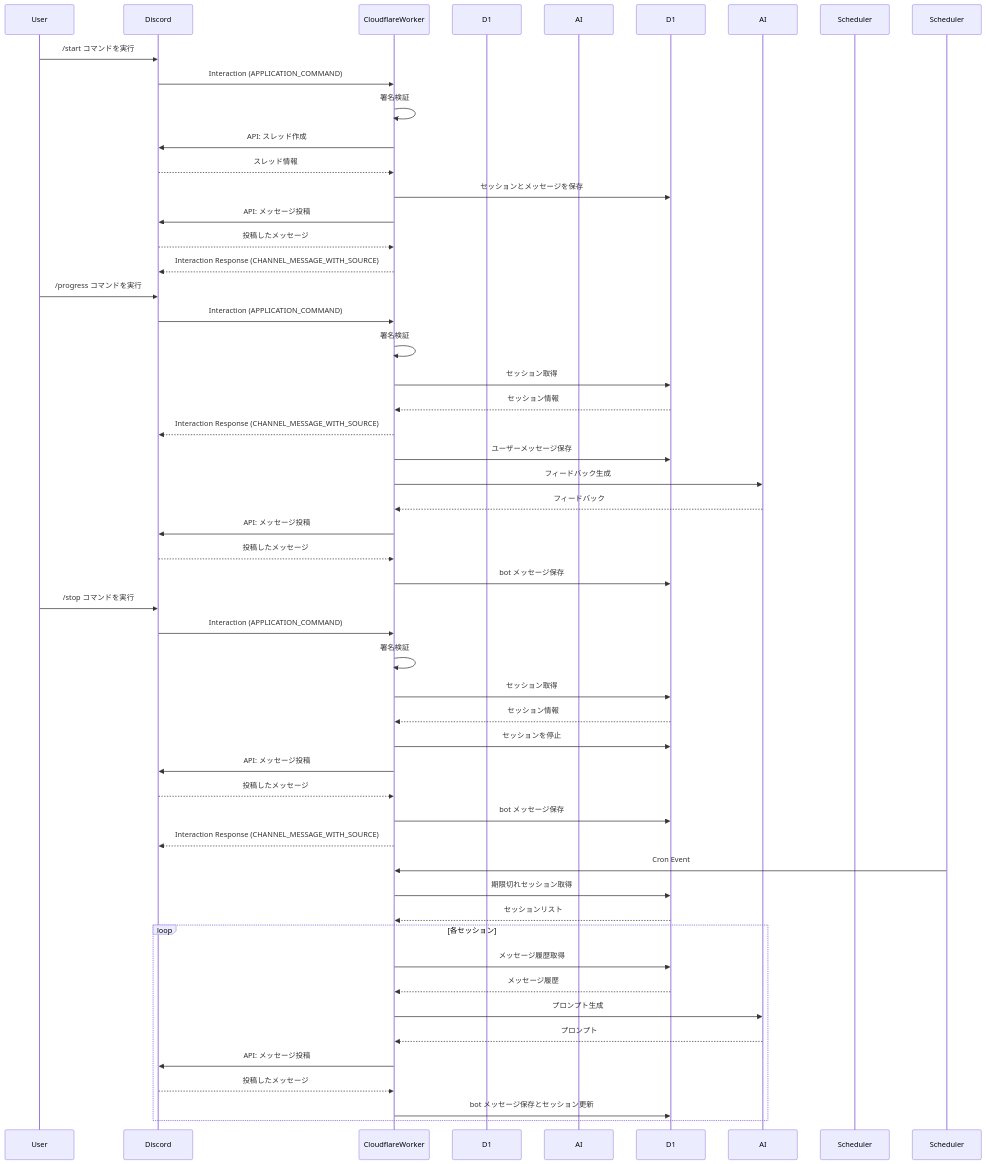
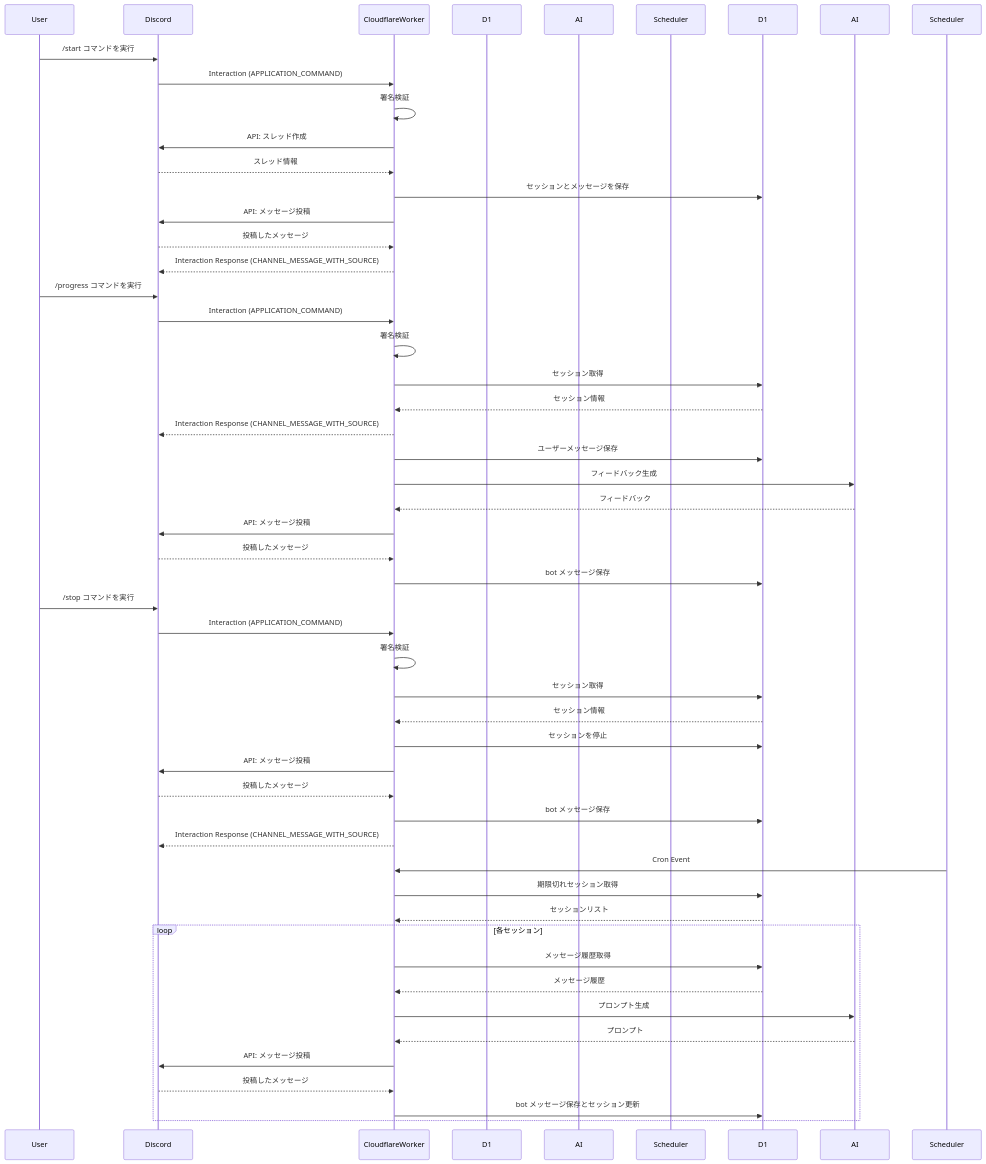
The diagram in docs/sequences.md (aliyome/rubber-duck-sup), drawn with Mermaid before and after one commit. The commit also changed other lines of this file, not shown here.

First line of the commit message:
修正が完了しました。`participant`宣言をシーケンス図の先頭にまとめることで、重複表示の問題を解決しました。

````diff
--- a/docs/sequences.md
+++ b/docs/sequences.md
@@ -5,56 +5,56 @@
 ```mermaid
 sequenceDiagram
   participant User
   participant Discord
   participant CloudflareWorker
   participant CloudflareD1 as D1
   participant CloudflareAI as AI
+  participant CloudflareScheduler as Scheduler
 
   User->>Discord: /start コマンドを実行
   Discord->>CloudflareWorker: Interaction (APPLICATION_COMMAND)
   CloudflareWorker->>CloudflareWorker: 署名検証
   CloudflareWorker->>Discord: API: スレッド作成
   Discord-->>CloudflareWorker: スレッド情報
   CloudflareWorker->>D1: セッションとメッセージを保存
   CloudflareWorker->>Discord: API: メッセージ投稿
   Discord-->>CloudflareWorker: 投稿したメッセージ
   CloudflareWorker-->>Discord: Interaction Response (CHANNEL_MESSAGE_WITH_SOURCE)
 
   User->>Discord: /progress コマンドを実行
   Discord->>CloudflareWorker: Interaction (APPLICATION_COMMAND)
   CloudflareWorker->>CloudflareWorker: 署名検証
   CloudflareWorker->>D1: セッション取得
   D1-->>CloudflareWorker: セッション情報
   CloudflareWorker-->>Discord: Interaction Response (CHANNEL_MESSAGE_WITH_SOURCE)
   CloudflareWorker->>D1: ユーザーメッセージ保存
   CloudflareWorker->>AI: フィードバック生成
   AI-->>CloudflareWorker: フィードバック
   CloudflareWorker->>Discord: API: メッセージ投稿
   Discord-->>CloudflareWorker: 投稿したメッセージ
   CloudflareWorker->>D1: bot メッセージ保存
 
   User->>Discord: /stop コマンドを実行
   Discord->>CloudflareWorker: Interaction (APPLICATION_COMMAND)
   CloudflareWorker->>CloudflareWorker: 署名検証
   CloudflareWorker->>D1: セッション取得
   D1-->>CloudflareWorker: セッション情報
   CloudflareWorker->>D1: セッションを停止
   CloudflareWorker->>Discord: API: メッセージ投稿
   Discord-->>CloudflareWorker: 投稿したメッセージ
   CloudflareWorker->>D1: bot メッセージ保存
   CloudflareWorker-->>Discord: Interaction Response (CHANNEL_MESSAGE_WITH_SOURCE)
 
-  participant CloudflareScheduler as Scheduler
   Scheduler->>CloudflareWorker: Cron Event
   CloudflareWorker->>D1: 期限切れセッション取得
   D1-->>CloudflareWorker: セッションリスト
   loop 各セッション
     CloudflareWorker->>D1: メッセージ履歴取得
     D1-->>CloudflareWorker: メッセージ履歴
     CloudflareWorker->>AI: プロンプト生成
     AI-->>CloudflareWorker: プロンプト
     CloudflareWorker->>Discord: API: メッセージ投稿
     Discord-->>CloudflareWorker: 投稿したメッセージ
     CloudflareWorker->>D1: bot メッセージ保存とセッション更新
   end
 ```
````
